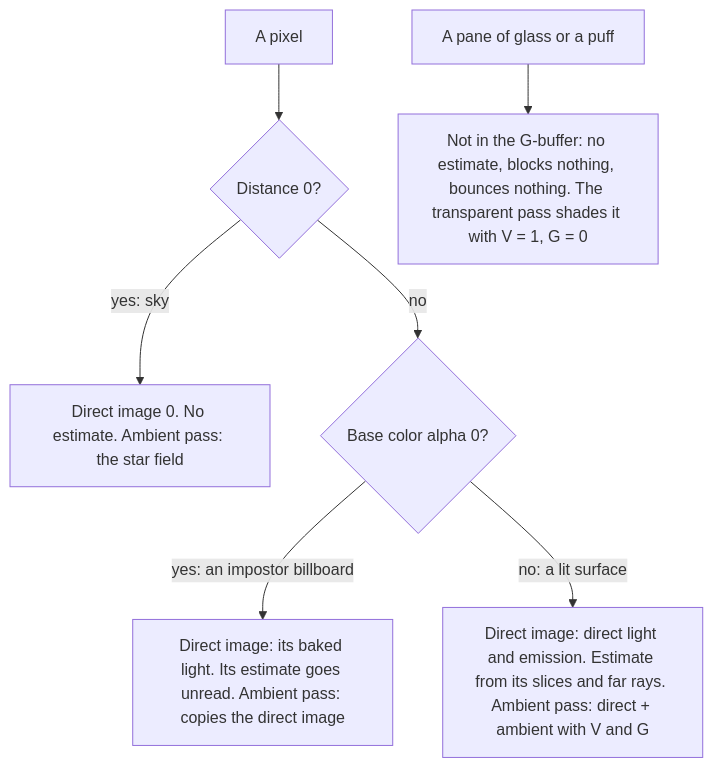
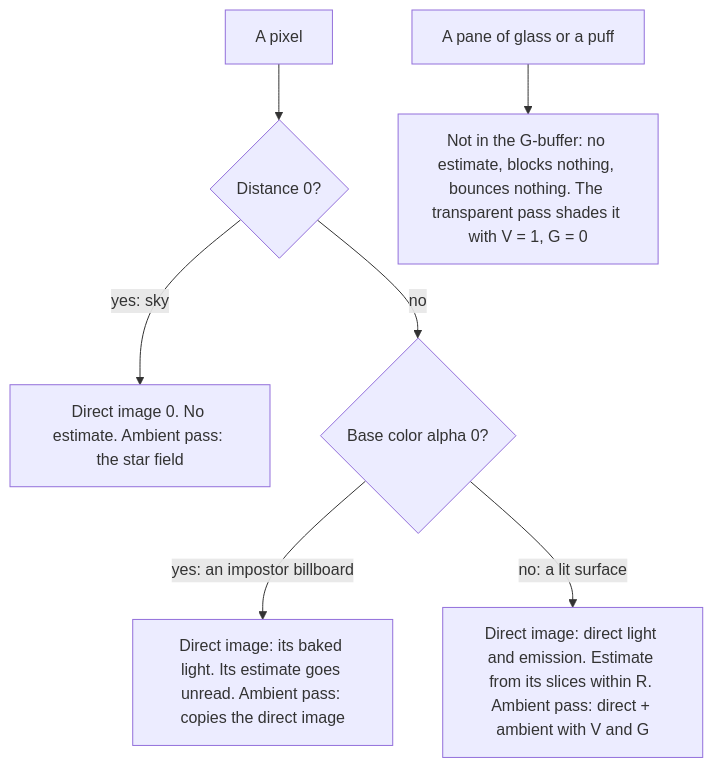
The third of 3 diagrams in docs/plans/screen-space-illumination.md (alexispurslane/tertius), drawn with Mermaid before and after one commit. The commit also changed other lines of this file and 4 other files, not shown here.

````diff
--- a/docs/plans/screen-space-illumination.md
+++ b/docs/plans/screen-space-illumination.md
@@ -890,9 +784,9 @@
 ```mermaid
 flowchart TD
     P["A pixel"] --> S{"Distance 0?"}
     S -- "yes: sky" --> SK["Direct image 0. No estimate. Ambient pass: the star field"]
     S -- no --> I{"Base color alpha 0?"}
     I -- "yes: an impostor billboard" --> IM["Direct image: its baked light. Its estimate goes unread. Ambient pass: copies the direct image"]
-    I -- "no: a lit surface" --> L["Direct image: direct light and emission. Estimate from its slices and far rays. Ambient pass: direct + ambient with V and G"]
+    I -- "no: a lit surface" --> L["Direct image: direct light and emission. Estimate from its slices within R. Ambient pass: direct + ambient with V and G"]
     G["A pane of glass or a puff"] --> TP["Not in the G-buffer: no estimate, blocks nothing, bounces nothing. The transparent pass shades it with V = 1, G = 0"]
 ```
````
